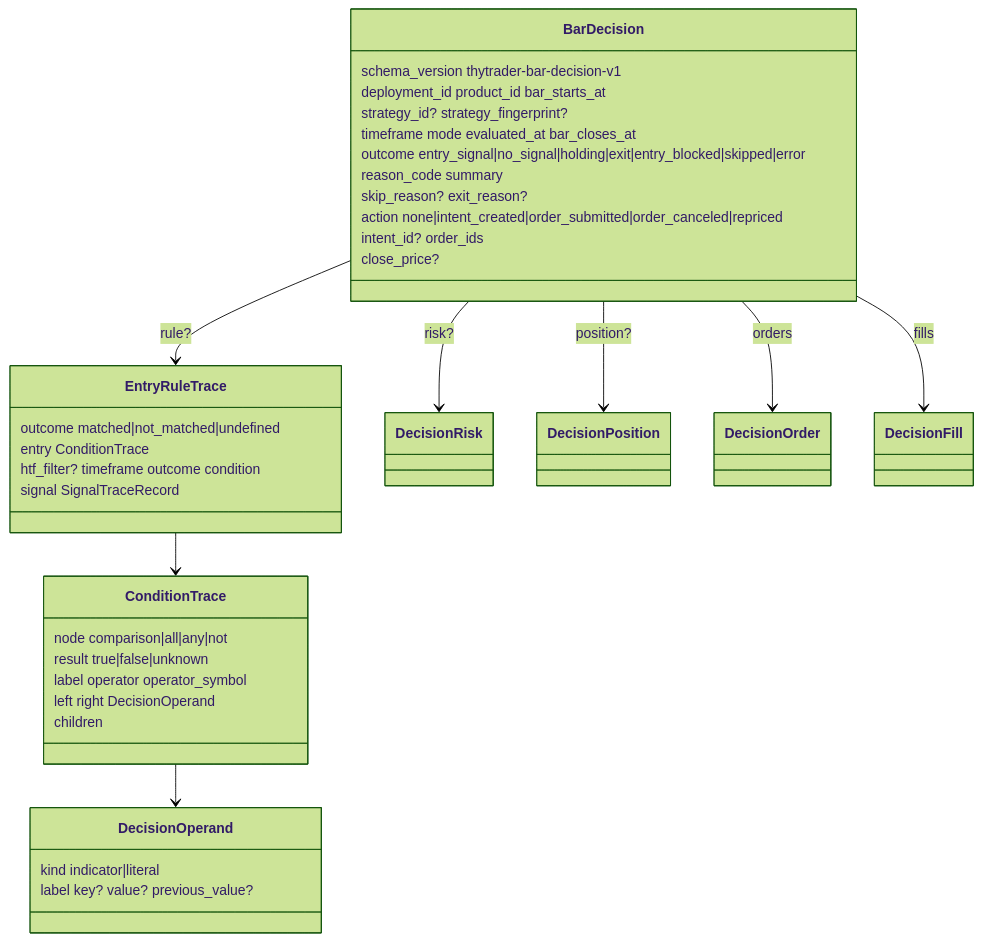
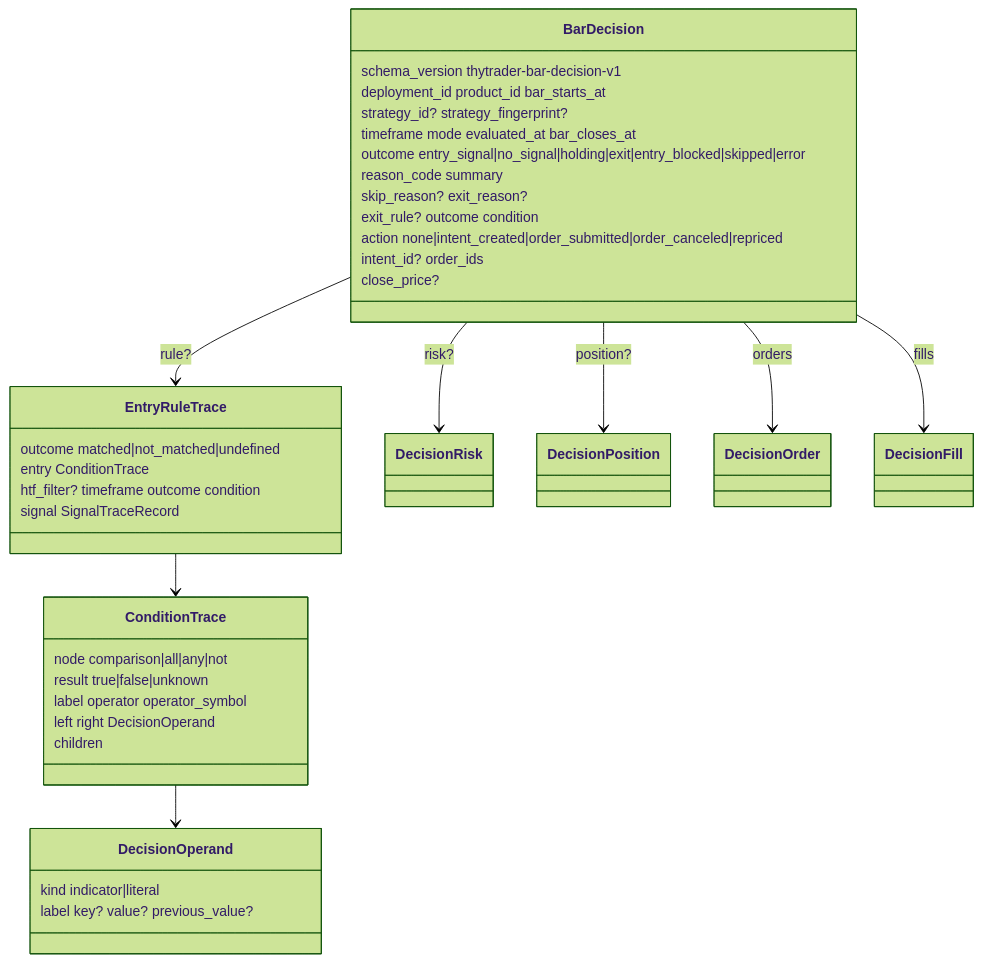
Before and after one commit to Zoltesh/thytrader: the fourth of 4 diagrams in docs/architecture/contracts/execution.md, drawn with Mermaid (forest theme). The commit also changed other lines of this file and 73 other files, not shown here.

````diff
--- a/docs/architecture/contracts/execution.md
+++ b/docs/architecture/contracts/execution.md
@@ -152,39 +153,40 @@
 ```mermaid
 classDiagram
   class BarDecision {
     schema_version thytrader-bar-decision-v1
     deployment_id product_id bar_starts_at
     strategy_id? strategy_fingerprint?
     timeframe mode evaluated_at bar_closes_at
     outcome entry_signal|no_signal|holding|exit|entry_blocked|skipped|error
     reason_code summary
     skip_reason? exit_reason?
+    exit_rule? outcome condition
     action none|intent_created|order_submitted|order_canceled|repriced
     intent_id? order_ids
     close_price?
   }
   class EntryRuleTrace {
     outcome matched|not_matched|undefined
     entry ConditionTrace
     htf_filter? timeframe outcome condition
     signal SignalTraceRecord
   }
   class ConditionTrace {
     node comparison|all|any|not
     result true|false|unknown
     label operator operator_symbol
     left right DecisionOperand
     children
   }
   class DecisionOperand {
     kind indicator|literal
     label key? value? previous_value?
   }
   BarDecision --> EntryRuleTrace : rule?
   BarDecision --> DecisionRisk : risk?
   BarDecision --> DecisionPosition : position?
   BarDecision --> DecisionOrder : orders
   BarDecision --> DecisionFill : fills
   EntryRuleTrace --> ConditionTrace
   ConditionTrace --> DecisionOperand
 ```
````
